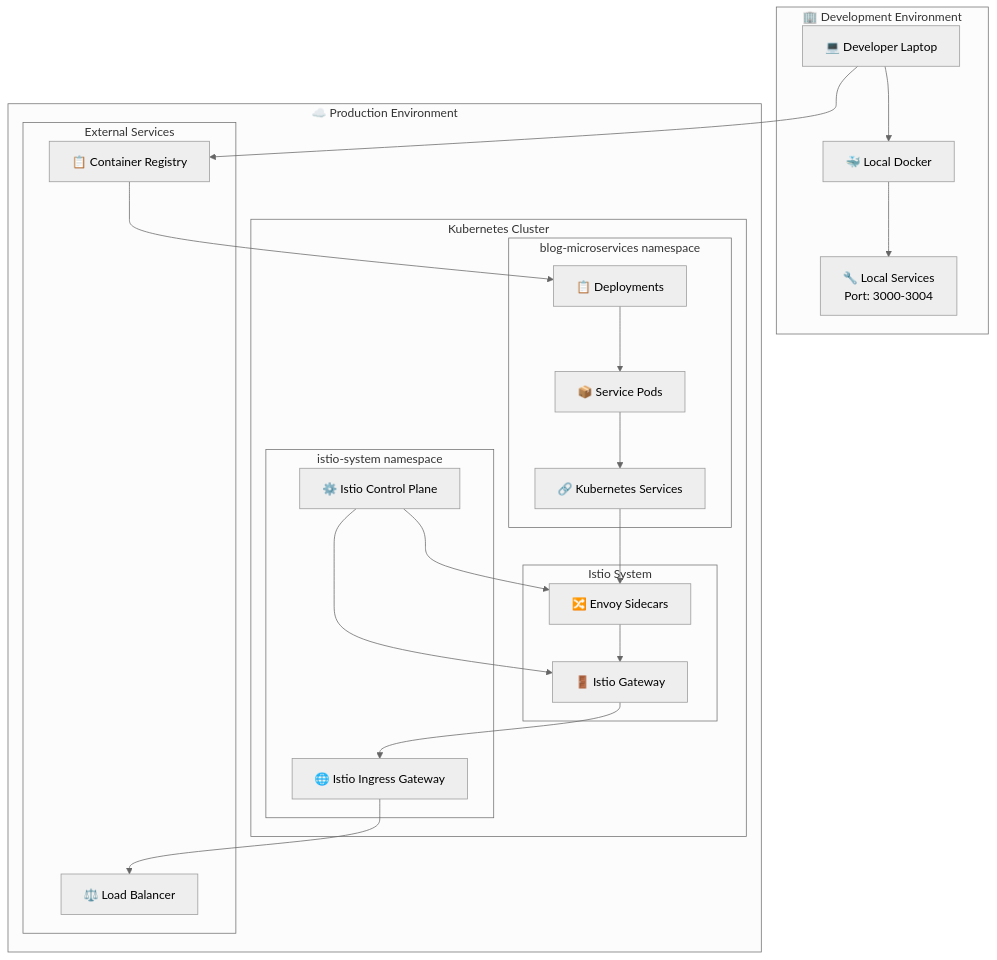
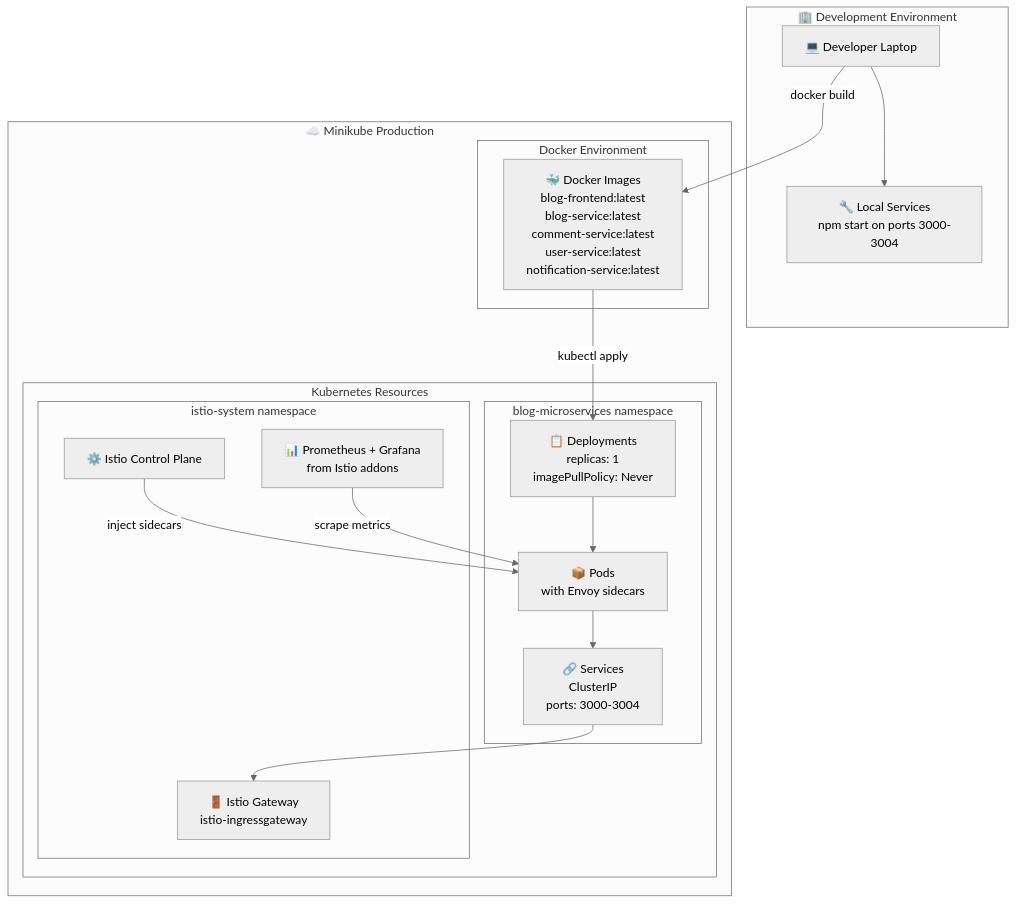
The sixth of 9 diagrams in docs/architecture-diagrams.md (vvt911/blog-microservices), drawn with Mermaid (neutral theme) before and after one commit. The commit also changed other lines of this file and 2 other files, not shown here.

````diff
--- a/docs/architecture-diagrams.md
+++ b/docs/architecture-diagrams.md
@@ -178,48 +189,37 @@
 ```mermaid
 graph TB
     subgraph "🏢 Development Environment"
         DevLaptop[💻 Developer Laptop]
-        LocalDocker[🐳 Local Docker]
-        LocalServices[🔧 Local Services<br/>Port: 3000-3004]
+        LocalServices[🔧 Local Services<br/>npm start on ports 3000-3004]
     end
     
-    subgraph "☁️ Production Environment"
-        subgraph "Kubernetes Cluster"
-            subgraph "Istio System"
-                IstioGateway[🚪 Istio Gateway]
-                IstioSidecar[🔀 Envoy Sidecars]
-            end
-            
+    subgraph "☁️ Minikube Production"
+        subgraph "Docker Environment"
+            DockerImages[🐳 Docker Images<br/>blog-frontend:latest<br/>blog-service:latest<br/>comment-service:latest<br/>user-service:latest<br/>notification-service:latest]
+        end
+        
+        subgraph "Kubernetes Resources"
             subgraph "blog-microservices namespace"
-                K8sPods[📦 Service Pods]
-                K8sServices[🔗 Kubernetes Services]
-                K8sDeployments[📋 Deployments]
+                Deployments[📋 Deployments<br/>replicas: 1<br/>imagePullPolicy: Never]
+                Services[🔗 Services<br/>ClusterIP<br/>ports: 3000-3004]
+                Pods[📦 Pods<br/>with Envoy sidecars]
             end
             
             subgraph "istio-system namespace"
+                IstioGateway[🚪 Istio Gateway<br/>istio-ingressgateway]
                 IstioControl[⚙️ Istio Control Plane]
-                IstioIngress[🌐 Istio Ingress Gateway]
+                MonitoringPods[📊 Prometheus + Grafana<br/>from Istio addons]
             end
-        end
-        
-        subgraph "External Services"
-            Registry[📋 Container Registry]
-            LoadBalancer[⚖️ Load Balancer]
         end
     end
     
-    DevLaptop --> LocalDocker
-    LocalDocker --> LocalServices
+    DevLaptop --> LocalServices
+    DevLaptop --> |docker build| DockerImages
+    DockerImages --> |kubectl apply| Deployments
+    Deployments --> Pods
+    Pods --> Services
+    Services --> IstioGateway
     
-    DevLaptop --> Registry
-    Registry --> K8sDeployments
-    K8sDeployments --> K8sPods
-    K8sPods --> K8sServices
-    K8sServices --> IstioSidecar
-    IstioSidecar --> IstioGateway
-    IstioGateway --> IstioIngress
-    IstioIngress --> LoadBalancer
-    
-    IstioControl --> IstioSidecar
-    IstioControl --> IstioGateway
+    IstioControl --> |inject sidecars| Pods
+    MonitoringPods --> |scrape metrics| Pods
 ```
````
